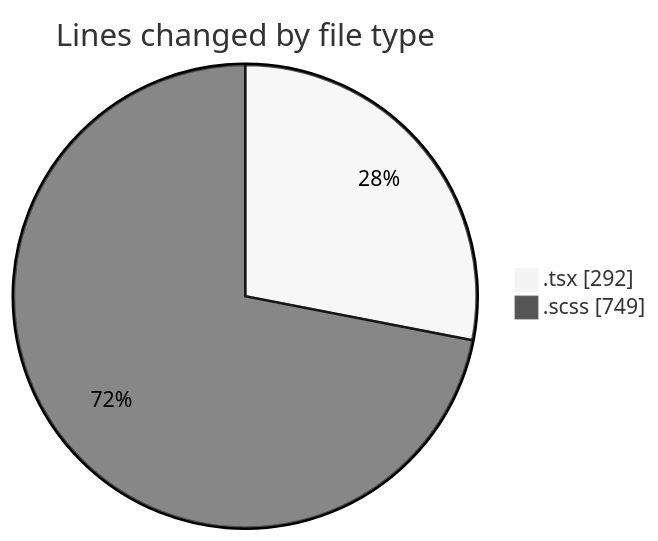
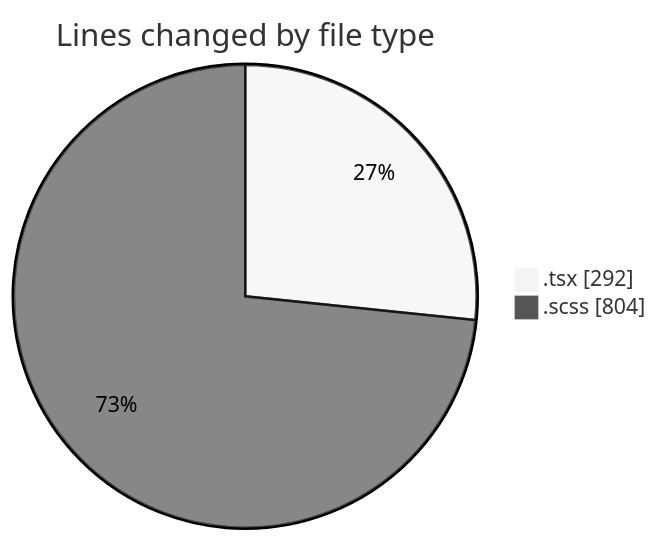
The first of 2 diagrams in 2025-09-19/cda/README.md (momahboobian/code-tracking), drawn with Mermaid (neutral theme) before and after one commit. The commit also changed other lines of this file and 1 other file, not shown here.

````diff
--- a/2025-09-19/cda/README.md
+++ b/2025-09-19/cda/README.md
@@ -21,6 +21,6 @@
 ```mermaid
 pie showData
 title Lines changed by file type
 ".tsx" : 292
-".scss" : 749
+".scss" : 804
 ```
````
